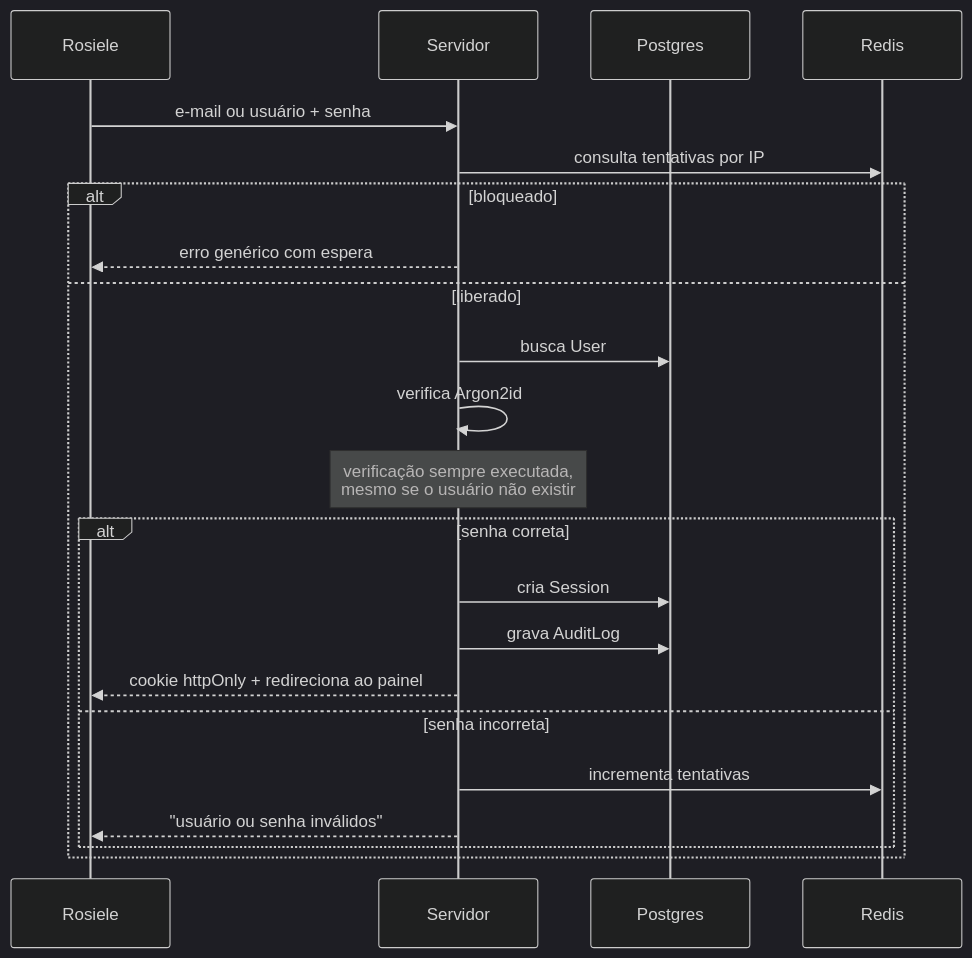
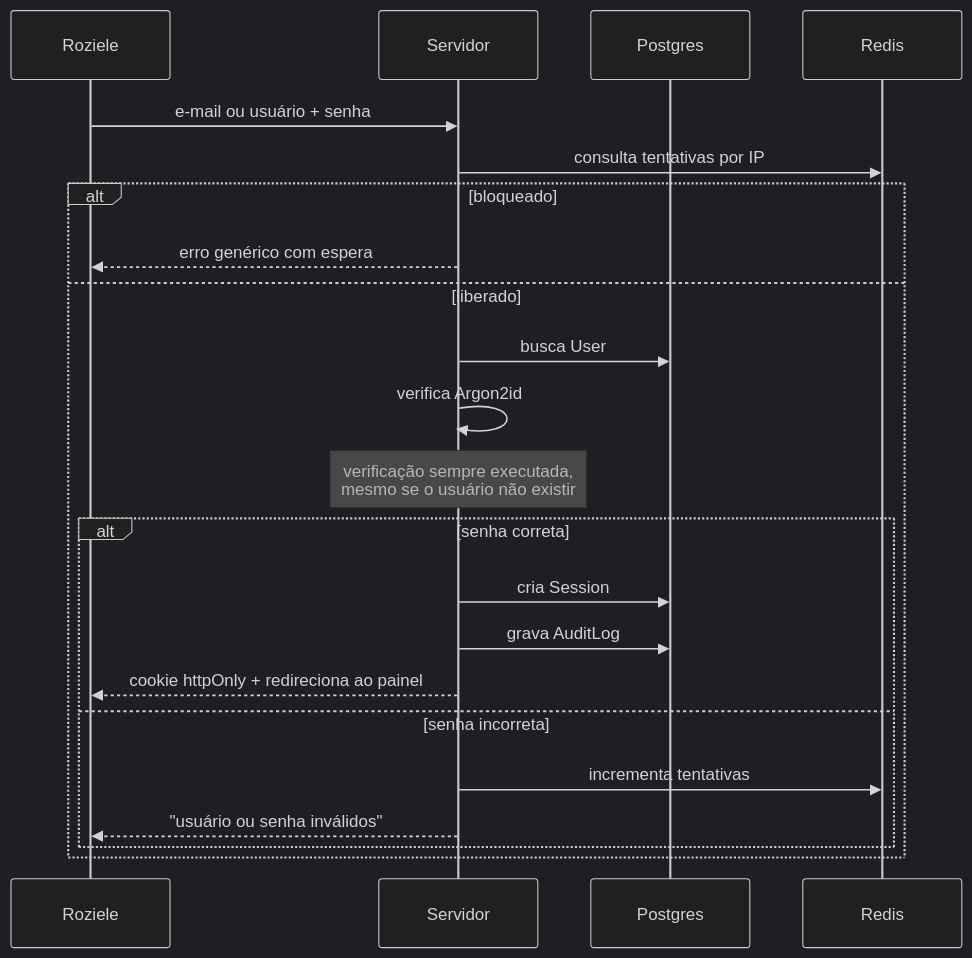
The third of 11 diagrams in docs/07-FLUXOS.md (alanaraujo-bit/RoHair), drawn with Mermaid (dark theme) before and after one commit. The commit also changed other lines of this file and 52 other files, not shown here.

````diff
--- a/docs/07-FLUXOS.md
+++ b/docs/07-FLUXOS.md
@@ -82,25 +82,25 @@
 ```mermaid
 sequenceDiagram
-    participant U as Rosiele
+    participant U as Roziele
     participant S as Servidor
     participant DB as Postgres
     participant R as Redis
 
     U->>S: e-mail ou usuário + senha
     S->>R: consulta tentativas por IP
     alt bloqueado
         S-->>U: erro genérico com espera
     else liberado
         S->>DB: busca User
         S->>S: verifica Argon2id
         Note over S: verificação sempre executada,<br/>mesmo se o usuário não existir
         alt senha correta
             S->>DB: cria Session
             S->>DB: grava AuditLog
             S-->>U: cookie httpOnly + redireciona ao painel
         else senha incorreta
             S->>R: incrementa tentativas
             S-->>U: "usuário ou senha inválidos"
         end
     end
 ```
````
